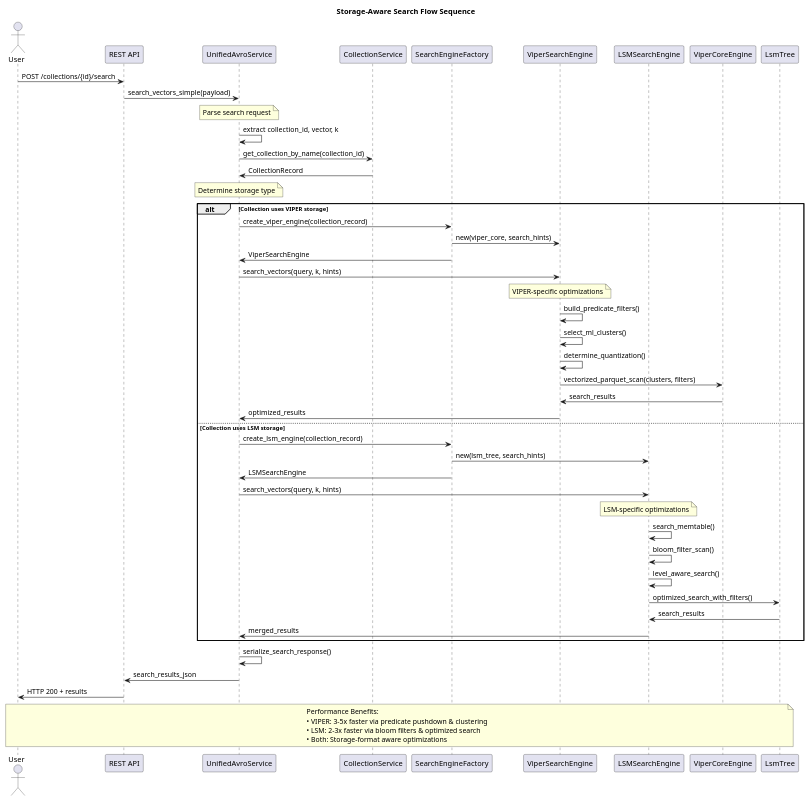
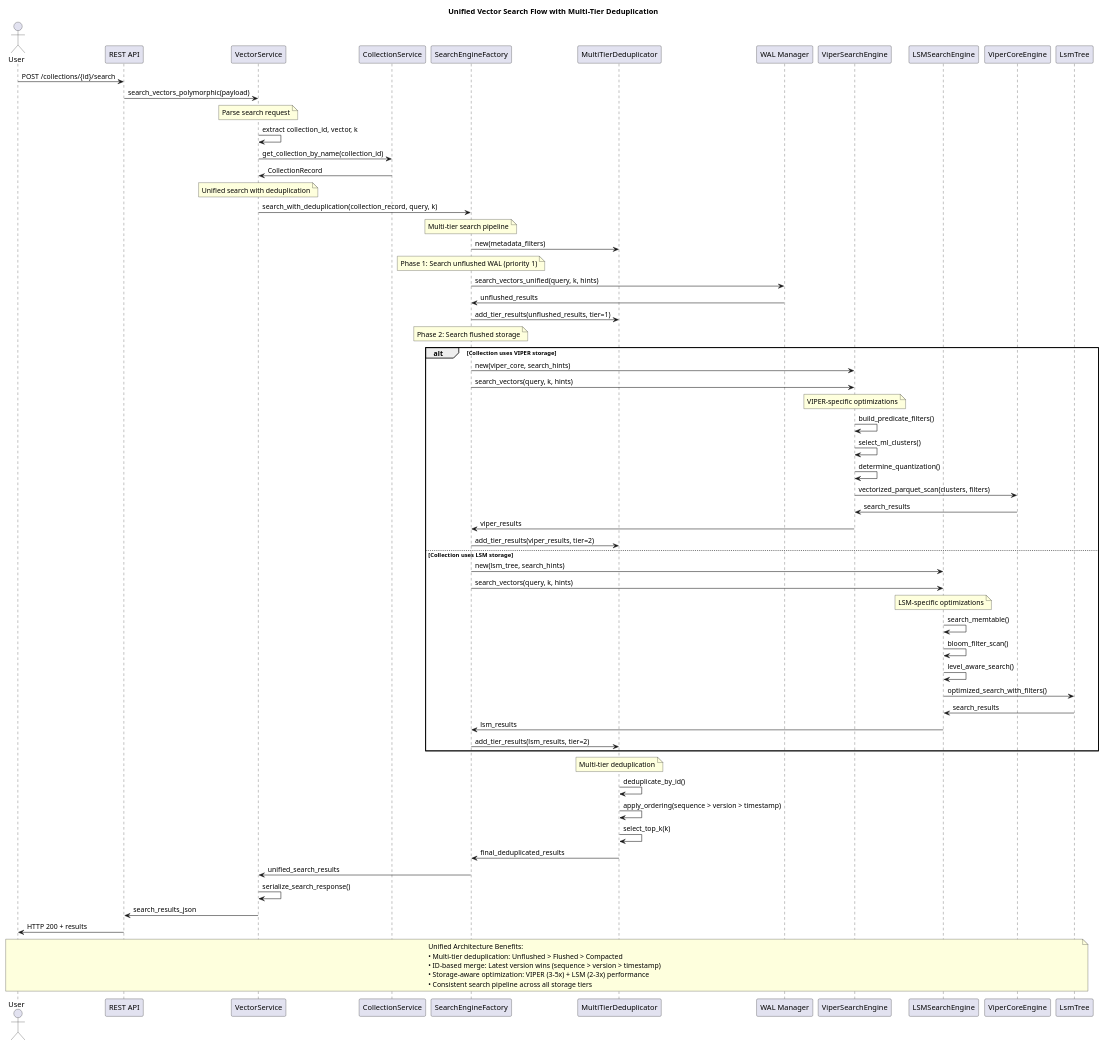
The diagram in docs/design/plantuml/search-flow-sequence.puml (vjsingh1984/proximaDB), drawn with PlantUML before and after one commit. The commit also changed 6 other files, not shown here.

First line of the commit message:
feat: update documentation to reflect unified VectorService architecture

```diff
--- a/docs/design/plantuml/search-flow-sequence.puml
+++ b/docs/design/plantuml/search-flow-sequence.puml
@@ -1,68 +1,85 @@
 @startuml search-flow-sequence
-title Storage-Aware Search Flow Sequence
+title Unified Vector Search Flow with Multi-Tier Deduplication
 
 actor User
 participant "REST API" as REST
-participant "UnifiedAvroService" as UAS
+participant "VectorService" as VS
 participant "CollectionService" as CS
 participant "SearchEngineFactory" as SEF
+participant "MultiTierDeduplicator" as MTD
+participant "WAL Manager" as WAL
 participant "ViperSearchEngine" as VSE
 participant "LSMSearchEngine" as LSE
 participant "ViperCoreEngine" as VCE
 participant "LsmTree" as LT
 
 User -> REST : POST /collections/{id}/search
-REST -> UAS : search_vectors_simple(payload)
+REST -> VS : search_vectors_polymorphic(payload)
 
-note over UAS : Parse search request
-UAS -> UAS : extract collection_id, vector, k
+note over VS : Parse search request
+VS -> VS : extract collection_id, vector, k
 
-UAS -> CS : get_collection_by_name(collection_id)
-CS -> UAS : CollectionRecord
+VS -> CS : get_collection_by_name(collection_id)
+CS -> VS : CollectionRecord
 
-note over UAS : Determine storage type
+note over VS : Unified search with deduplication
+VS -> SEF : search_with_deduplication(collection_record, query, k)
+
+note over SEF : Multi-tier search pipeline
+SEF -> MTD : new(metadata_filters)
+
+note over SEF : Phase 1: Search unflushed WAL (priority 1)
+SEF -> WAL : search_vectors_unified(query, k, hints)
+WAL -> SEF : unflushed_results
+SEF -> MTD : add_tier_results(unflushed_results, tier=1)
+
+note over SEF : Phase 2: Search flushed storage
 alt Collection uses VIPER storage
-    UAS -> SEF : create_viper_engine(collection_record)
     SEF -> VSE : new(viper_core, search_hints)
-    SEF -> UAS : ViperSearchEngine
-    
-    UAS -> VSE : search_vectors(query, k, hints)
+    SEF -> VSE : search_vectors(query, k, hints)
     
     note over VSE : VIPER-specific optimizations
     VSE -> VSE : build_predicate_filters()
     VSE -> VSE : select_ml_clusters()
     VSE -> VSE : determine_quantization()
     
     VSE -> VCE : vectorized_parquet_scan(clusters, filters)
     VCE -> VSE : search_results
-    VSE -> UAS : optimized_results
+    VSE -> SEF : viper_results
+    SEF -> MTD : add_tier_results(viper_results, tier=2)
 
 else Collection uses LSM storage
-    UAS -> SEF : create_lsm_engine(collection_record)
     SEF -> LSE : new(lsm_tree, search_hints)
-    SEF -> UAS : LSMSearchEngine
-    
-    UAS -> LSE : search_vectors(query, k, hints)
+    SEF -> LSE : search_vectors(query, k, hints)
     
     note over LSE : LSM-specific optimizations
     LSE -> LSE : search_memtable()
     LSE -> LSE : bloom_filter_scan()
     LSE -> LSE : level_aware_search()
     
     LSE -> LT : optimized_search_with_filters()
     LT -> LSE : search_results
-    LSE -> UAS : merged_results
+    LSE -> SEF : lsm_results
+    SEF -> MTD : add_tier_results(lsm_results, tier=2)
 end
 
-UAS -> UAS : serialize_search_response()
-UAS -> REST : search_results_json
+note over MTD : Multi-tier deduplication
+MTD -> MTD : deduplicate_by_id()
+MTD -> MTD : apply_ordering(sequence > version > timestamp)
+MTD -> MTD : select_top_k(k)
+MTD -> SEF : final_deduplicated_results
+
+SEF -> VS : unified_search_results
+VS -> VS : serialize_search_response()
+VS -> REST : search_results_json
 REST -> User : HTTP 200 + results
 
 note over User, LT
-  Performance Benefits:
-  • VIPER: 3-5x faster via predicate pushdown & clustering
-  • LSM: 2-3x faster via bloom filters & optimized search
-  • Both: Storage-format aware optimizations
+  Unified Architecture Benefits:
+  • Multi-tier deduplication: Unflushed > Flushed > Compacted
+  • ID-based merge: Latest version wins (sequence > version > timestamp)
+  • Storage-aware optimization: VIPER (3-5x) + LSM (2-3x) performance
+  • Consistent search pipeline across all storage tiers
 end note
 
 @enduml
```
